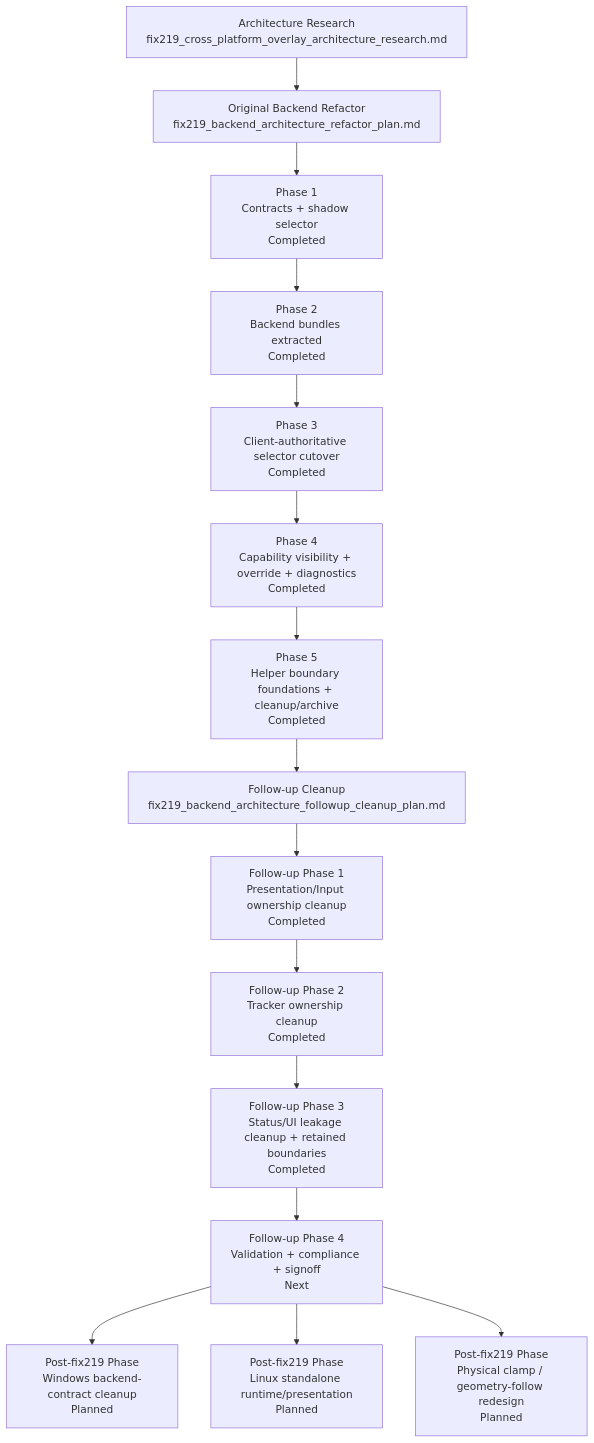
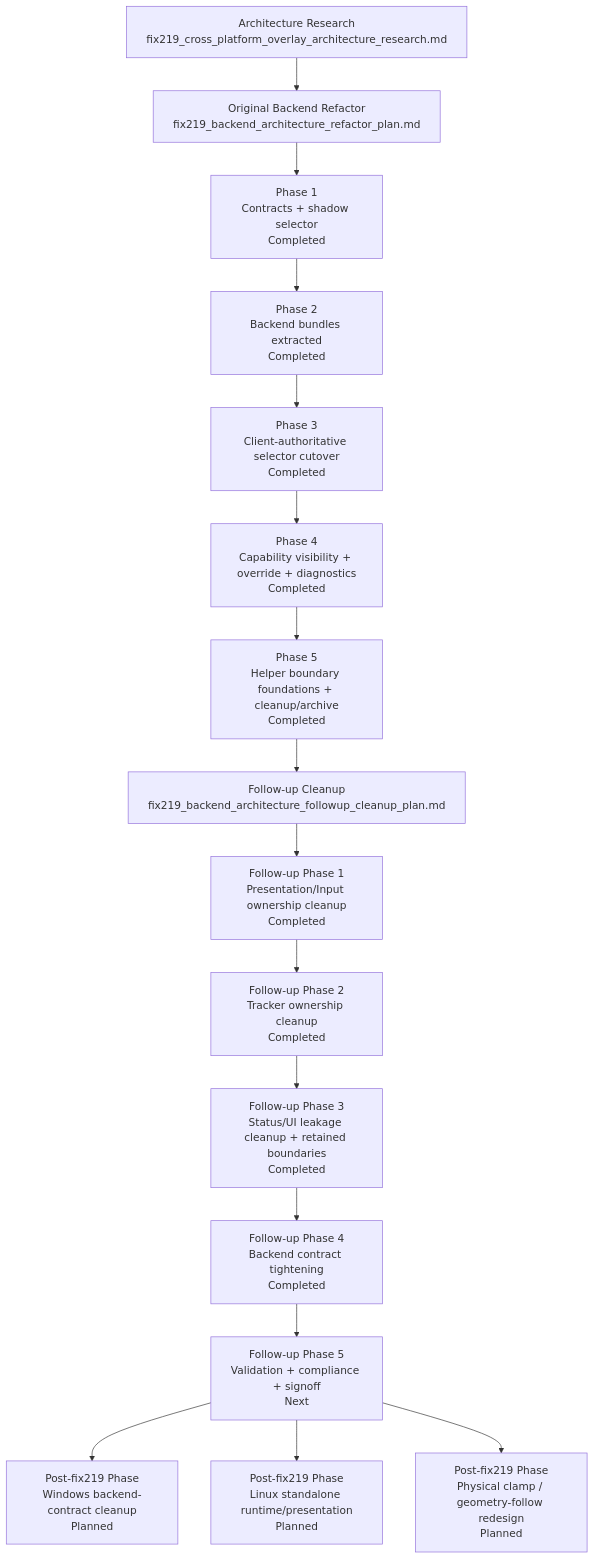
One commit to SweetJonnySauce/EDMCModernOverlay changed the first of 2 diagrams in docs/refactoring/fix219_backend_architecture_refactor_plan.md. Above: the diagram before and after it, drawn with Mermaid. The commit also changed other lines of this file and 16 other files, not shown here.

````diff
--- a/docs/refactoring/fix219_backend_architecture_refactor_plan.md
+++ b/docs/refactoring/fix219_backend_architecture_refactor_plan.md
@@ -18,22 +22,23 @@
 ```mermaid
 flowchart TD
     A["Architecture Research\nfix219_cross_platform_overlay_architecture_research.md"]
     B["Original Backend Refactor\nfix219_backend_architecture_refactor_plan.md"]
     C["Follow-up Cleanup\nfix219_backend_architecture_followup_cleanup_plan.md"]
 
     A --> B
     B --> B1["Phase 1\nContracts + shadow selector\nCompleted"]
     B1 --> B2["Phase 2\nBackend bundles extracted\nCompleted"]
     B2 --> B3["Phase 3\nClient-authoritative selector cutover\nCompleted"]
     B3 --> B4["Phase 4\nCapability visibility + override + diagnostics\nCompleted"]
     B4 --> B5["Phase 5\nHelper boundary foundations + cleanup/archive\nCompleted"]
 
     B5 --> C
     C --> C1["Follow-up Phase 1\nPresentation/Input ownership cleanup\nCompleted"]
     C1 --> C2["Follow-up Phase 2\nTracker ownership cleanup\nCompleted"]
     C2 --> C3["Follow-up Phase 3\nStatus/UI leakage cleanup + retained boundaries\nCompleted"]
-    C3 --> C4["Follow-up Phase 4\nValidation + compliance + signoff\nNext"]
-    C4 --> D["Post-fix219 Phase\nWindows backend-contract cleanup\nPlanned"]
-    C4 --> E["Post-fix219 Phase\nLinux standalone runtime/presentation\nPlanned"]
-    C4 --> F["Post-fix219 Phase\nPhysical clamp / geometry-follow redesign\nPlanned"]
+    C3 --> C4["Follow-up Phase 4\nBackend contract tightening\nCompleted"]
+    C4 --> C5["Follow-up Phase 5\nValidation + compliance + signoff\nNext"]
+    C5 --> D["Post-fix219 Phase\nWindows backend-contract cleanup\nPlanned"]
+    C5 --> E["Post-fix219 Phase\nLinux standalone runtime/presentation\nPlanned"]
+    C5 --> F["Post-fix219 Phase\nPhysical clamp / geometry-follow redesign\nPlanned"]
 ```
````
